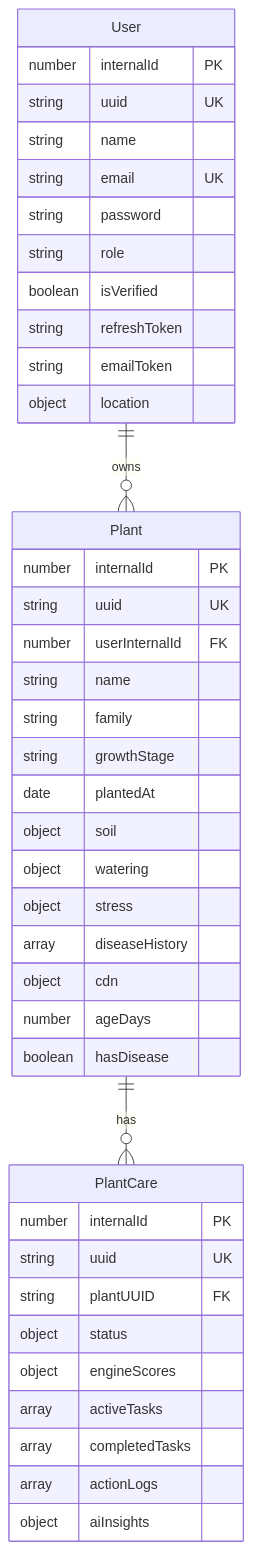
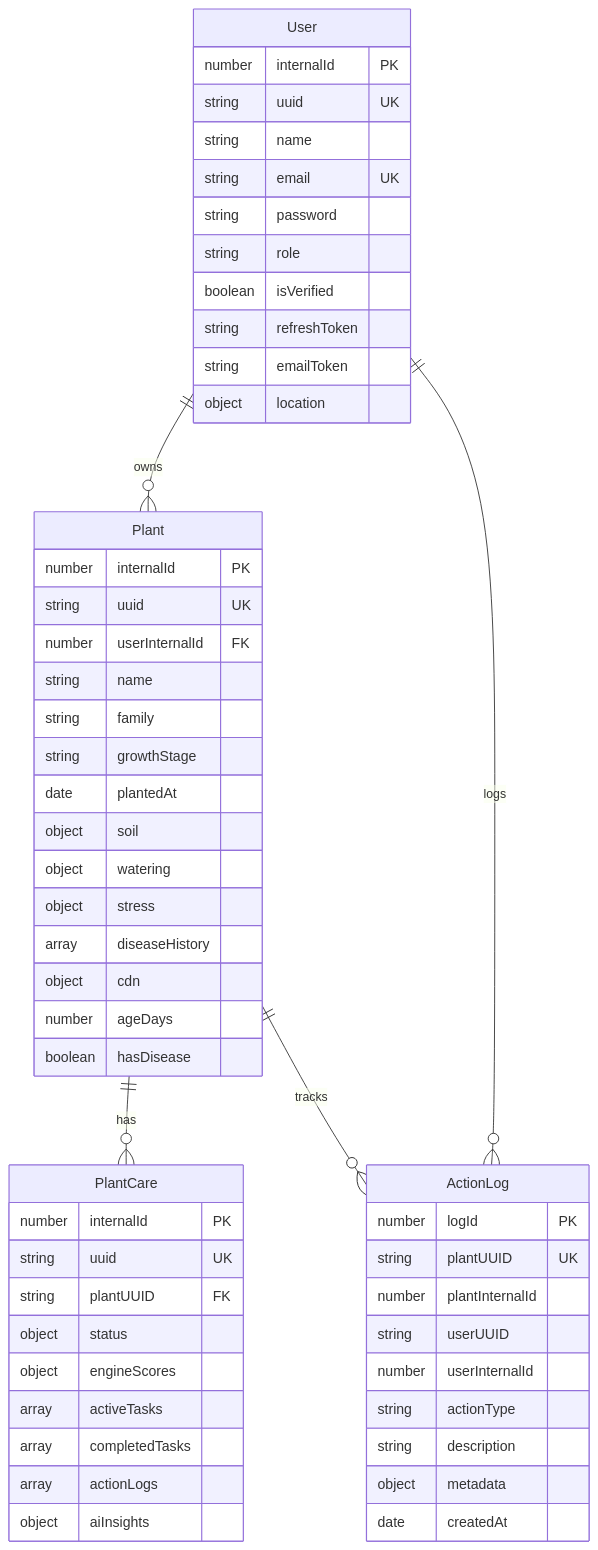
The seventh of 9 diagrams in Backend/README.md (AH0Cs50/TerraVision_AI), drawn with Mermaid before and after one commit. The commit also changed other lines of this file and 17 other files, not shown here.

````diff
--- a/Backend/README.md
+++ b/Backend/README.md
@@ -1306,44 +1309,57 @@
 ```mermaid
 erDiagram
     User ||--o{ Plant : owns
     Plant ||--o{ PlantCare : has
+    Plant ||--o{ ActionLog : "tracks"
+    User ||--o{ ActionLog : logs
     User {
         number internalId PK
         string uuid UK
         string name
         string email UK
         string password
         string role
         boolean isVerified
         string refreshToken
         string emailToken
         object location
     }
     Plant {
         number internalId PK
         string uuid UK
         number userInternalId FK
         string name
         string family
         string growthStage
         date plantedAt
         object soil
         object watering
         object stress
         array diseaseHistory
         object cdn
         number ageDays
         boolean hasDisease
     }
     PlantCare {
         number internalId PK
         string uuid UK
         string plantUUID FK
         object status
         object engineScores
         array activeTasks
         array completedTasks
         array actionLogs
         object aiInsights
     }
+    ActionLog {
+        number logId PK
+        string plantUUID UK
+        number plantInternalId
+        string userUUID
+        number userInternalId
+        string actionType
+        string description
+        object metadata
+        date createdAt
+    }
 ```
````
